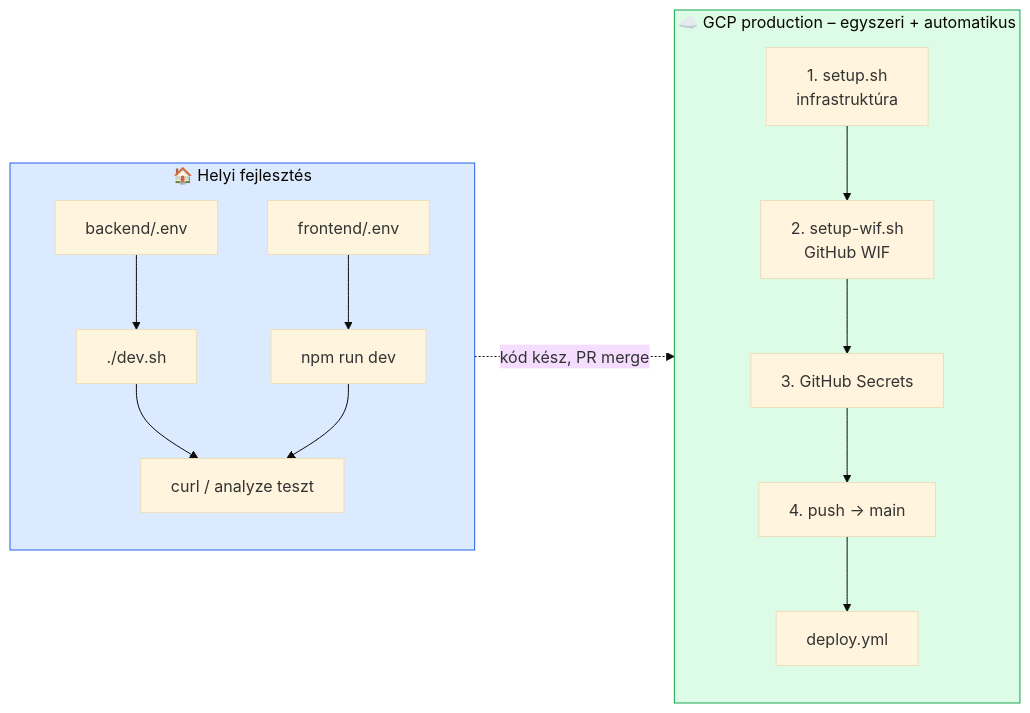
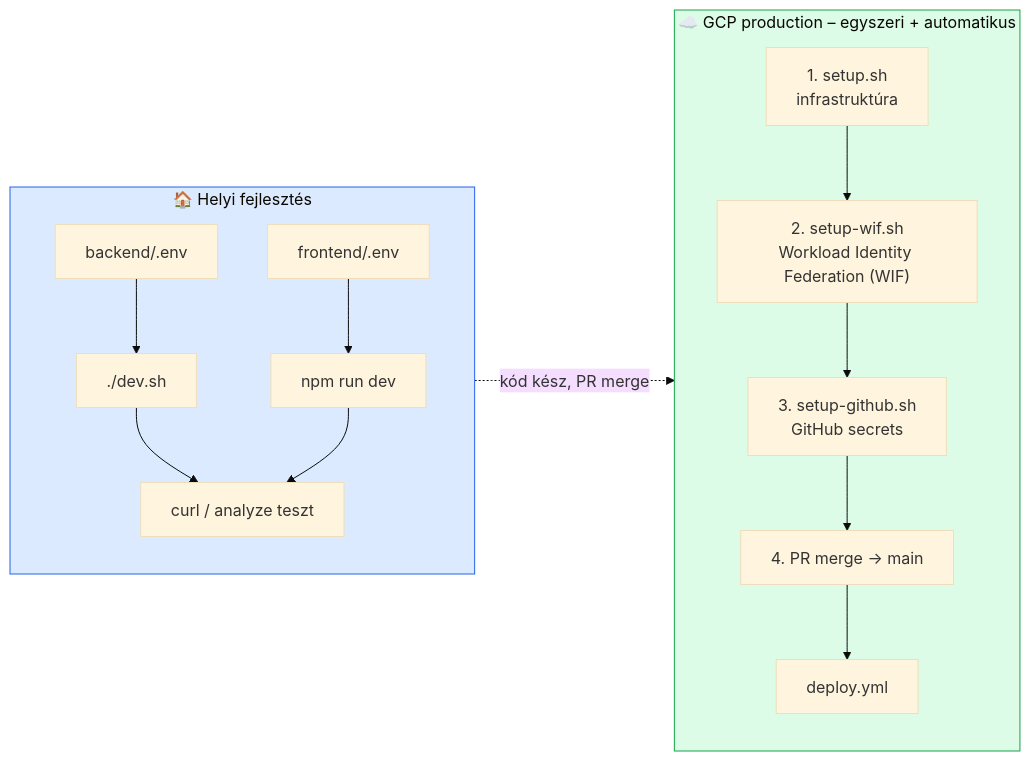
Before and after one commit to cloudsteak/trn-gcp-ai-contract-analyzer: the third of 6 diagrams in README.md, drawn with Mermaid (base theme). The commit also changed other lines of this file and 8 other files, not shown here.

````diff
--- a/README.md
+++ b/README.md
@@ -306,23 +387,23 @@
 ```mermaid
 flowchart LR
     subgraph Local["🏠 Helyi fejlesztés"]
         L1["backend/.env"] --> L2["./dev.sh"]
         L3["frontend/.env"] --> L4["npm run dev"]
         L2 --> L5["curl / analyze teszt"]
         L4 --> L5
     end
 
     subgraph GCP["☁️ GCP production – egyszeri + automatikus"]
-        S1["1. setup.sh<br/>infrastruktúra"] --> S2["2. setup-wif.sh<br/>GitHub WIF"]
-        S2 --> S3["3. GitHub Secrets"]
-        S3 --> S4["4. push → main"]
+        S1["1. setup.sh<br/>infrastruktúra"] --> S2["2. setup-wif.sh<br/>Workload Identity Federation (WIF)"]
+        S2 --> S3["3. setup-github.sh<br/>GitHub secrets"]
+        S3 --> S4["4. PR merge → main"]
         S4 --> S5["deploy.yml"]
     end
 
     Local -.->|"kód kész, PR merge"| GCP
 
     classDef local fill:#DBEAFE,stroke:#2563EB
     classDef gcp fill:#DCFCE7,stroke:#16A34A
     class Local local
     class GCP gcp
 ```
````
